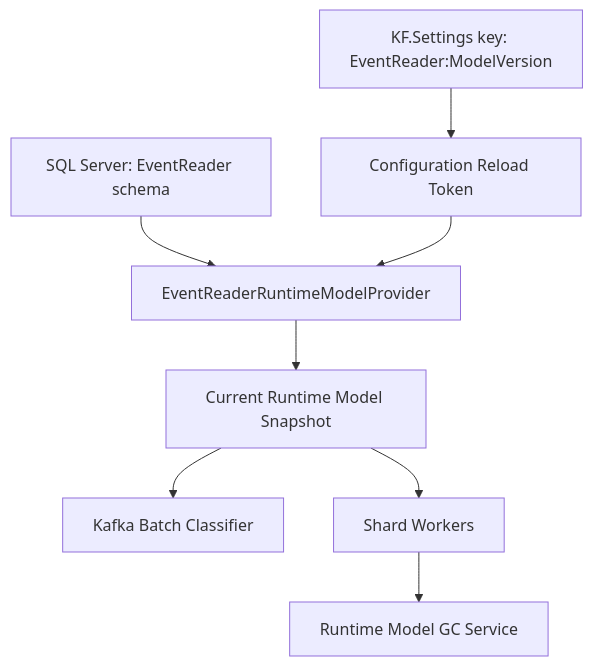
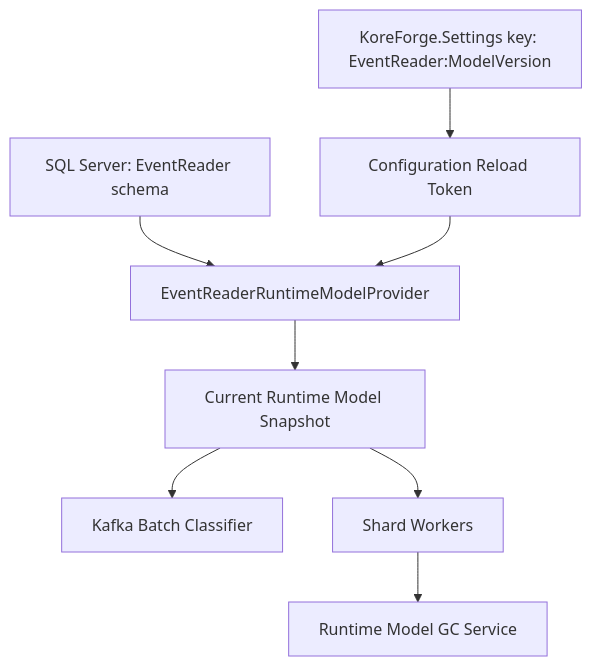
Before and after one commit to koreforger/Event.Reader: the second of 7 diagrams in EventReader-Message-Processing-Architecture.md, drawn with Mermaid. The commit also changed other lines of this file and 46 other files, not shown here.

````diff
--- a/EventReader-Message-Processing-Architecture.md
+++ b/EventReader-Message-Processing-Architecture.md
@@ -87,10 +87,10 @@
 ```mermaid
 flowchart TB
     A[SQL Server: EventReader schema] --> B[EventReaderRuntimeModelProvider]
-    C[KF.Settings key: EventReader:ModelVersion] --> D[Configuration Reload Token]
+    C[KoreForge.Settings key: EventReader:ModelVersion] --> D[Configuration Reload Token]
     D --> B
     B --> E[Current Runtime Model Snapshot]
     E --> F[Kafka Batch Classifier]
     E --> G[Shard Workers]
     G --> H[Runtime Model GC Service]
 ```
````
